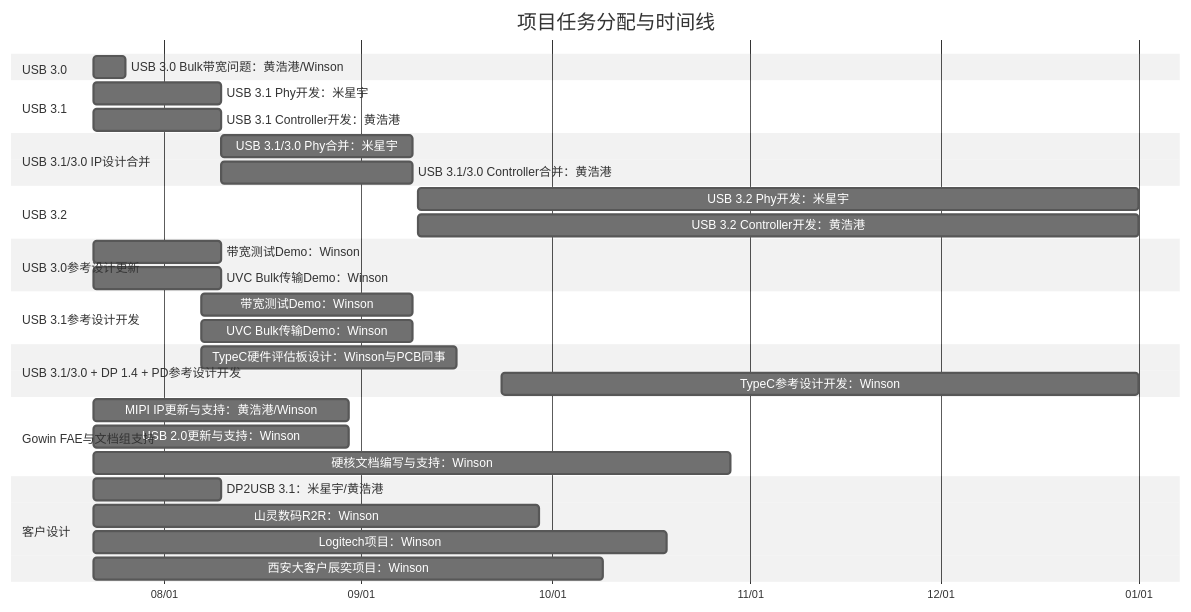
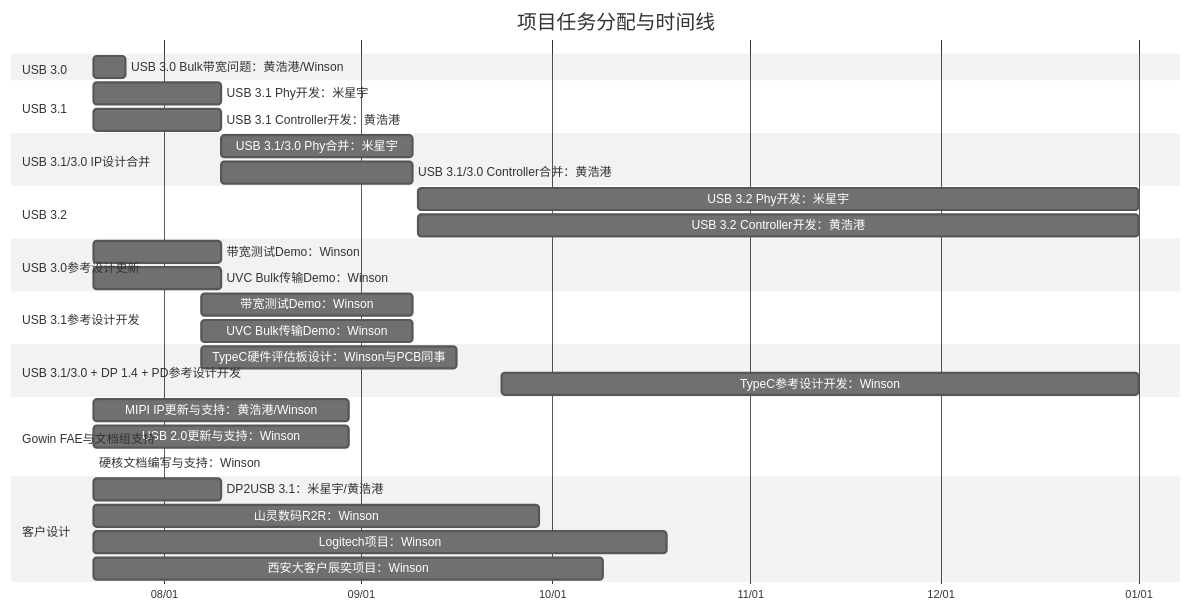
One commit to winsonbook/iodraw-files changed the diagram in all/未命名.md. Above: the diagram before and after it, drawn with Mermaid (neutral theme).

Commit message:
2025-07-21 10:37:28 update

````diff
--- a/all/未命名.md
+++ b/all/未命名.md
@@ -1,44 +1,44 @@
 ```mermaid
 gantt
     title 项目任务分配与时间线
     dateFormat  YYYY-MM-DD
     axisFormat  %m/%d
 
     section USB 3.0
     USB 3.0 Bulk带宽问题：黄浩港/Winson   :    task1, 2025-07-21, 5d
 
     section USB 3.1
     USB 3.1 Phy开发：米星宇      :         task2, 2025-07-21, 20d
     USB 3.1 Controller开发：黄浩港      :  task3, 2025-07-21, 20d
 
     section USB 3.1/3.0 IP设计合并
     USB 3.1/3.0 Phy合并：米星宇       :    task4, 2025-08-10, 30d
     USB 3.1/3.0 Controller合并：黄浩港:    task5, 2025-08-10, 30d
 
     section USB 3.2
     USB 3.2 Phy开发：米星宇      :         task2, 2025-09-10, 113d
     USB 3.2 Controller开发：黄浩港      :  task3, 2025-09-10, 113d
 
     section USB 3.0参考设计更新
     带宽测试Demo：Winson       :         task6, 2025-07-21, 20d
     UVC Bulk传输Demo：Winson   :        task7, 2025-07-21, 20d
 
     section USB 3.1参考设计开发
     带宽测试Demo：Winson       :         task8, 2025-08-07, 33d
     UVC Bulk传输Demo：Winson   :         task9, 2025-08-07, 33d
 
     section USB 3.1/3.0 + DP 1.4 + PD参考设计开发
     TypeC硬件评估板设计：Winson与PCB同事       :         task10, 2025-08-07, 40d
     TypeC参考设计开发：Winson   :         task11, 2025-09-23, 100d
 
     section Gowin FAE与文档组支持
     MIPI IP更新与支持：黄浩港/Winson :       task16, 2025-07-21, 40d
     USB 2.0更新与支持：Winson :             task17, 2025-07-21, 40d
-    硬核文档编写与支持：Winson :         task18, 2025-07-21, 100d
+    硬核文档编写与支持：Winson :         task18, 2025-07-21, 
 
     section 客户设计
     DP2USB 3.1：米星宇/黄浩港      :task12, 2025-07-21, 20d
     山灵数码R2R：Winson :             task13, 2025-07-21, 70d
     Logitech项目：Winson :            task14, 2025-07-21, 90d
     西安大客户辰奕项目：Winson :       task15, 2025-07-21, 80d
 ```
````
